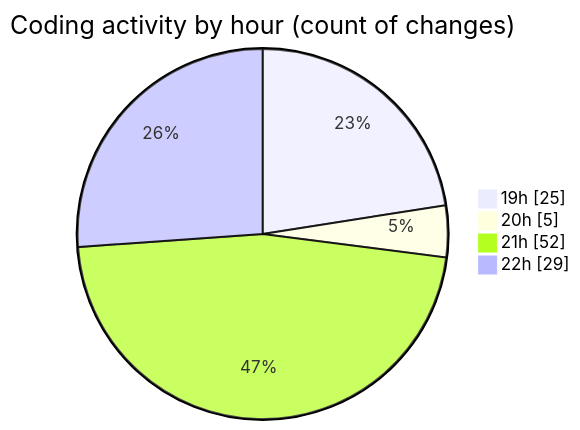
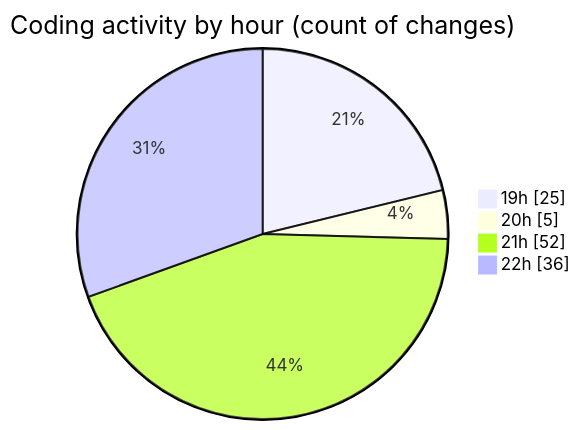
Before and after one commit to momahboobian/code-tracking: the second of 2 diagrams in 2025-02-28/cda/README.md, drawn with Mermaid. The commit also changed other lines of this file and 1 other file, not shown here.

````diff
--- a/2025-02-28/cda/README.md
+++ b/2025-02-28/cda/README.md
@@ -35,8 +35,8 @@
 ```mermaid
 pie showData
 title Coding activity by hour (count of changes)
 "19h" : 25
 "20h" : 5
 "21h" : 52
-"22h" : 29
+"22h" : 36
 ```
````
